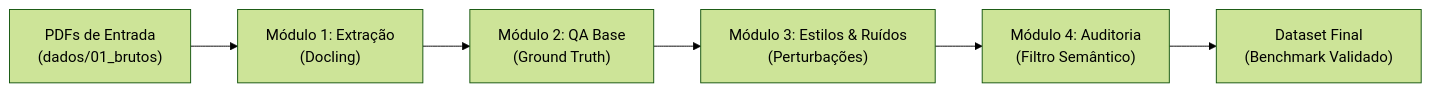
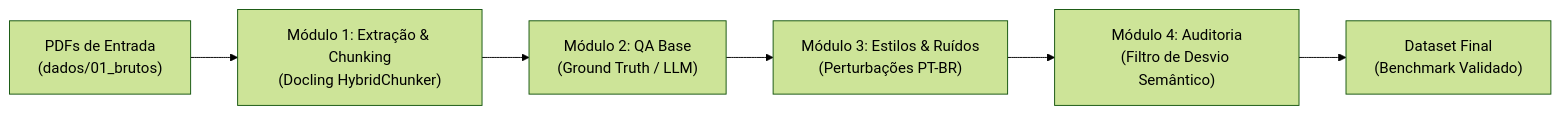
One commit to Paulo83-dev/ARTIGO_MESTRADO changed the diagram in README.md. Above: the diagram before and after it, drawn with Mermaid (forest theme). The commit also changed other lines of this file, not shown here.

Commit message:
docs: atualiza README.md com o novo fluxo de extracao, HybridChunker e catalogo de referencias

````diff
--- a/README.md
+++ b/README.md
@@ -11,8 +11,8 @@
 ```mermaid
 flowchart LR
-    A["PDFs de Entrada<br/>(dados/01_brutos)"] --> B["Módulo 1: Extração<br/>(Docling)"]
-    B --> C["Módulo 2: QA Base<br/>(Ground Truth)"]
-    C --> D["Módulo 3: Estilos & Ruídos<br/>(Perturbações)"]
-    D --> E["Módulo 4: Auditoria<br/>(Filtro Semântico)"]
+    A["PDFs de Entrada<br/>(dados/01_brutos)"] --> B["Módulo 1: Extração & Chunking<br/>(Docling HybridChunker)"]
+    B --> C["Módulo 2: QA Base<br/>(Ground Truth / LLM)"]
+    C --> D["Módulo 3: Estilos & Ruídos<br/>(Perturbações PT-BR)"]
+    D --> E["Módulo 4: Auditoria<br/>(Filtro de Desvio Semântico)"]
     E --> F["Dataset Final<br/>(Benchmark Validado)"]
 ```
````
